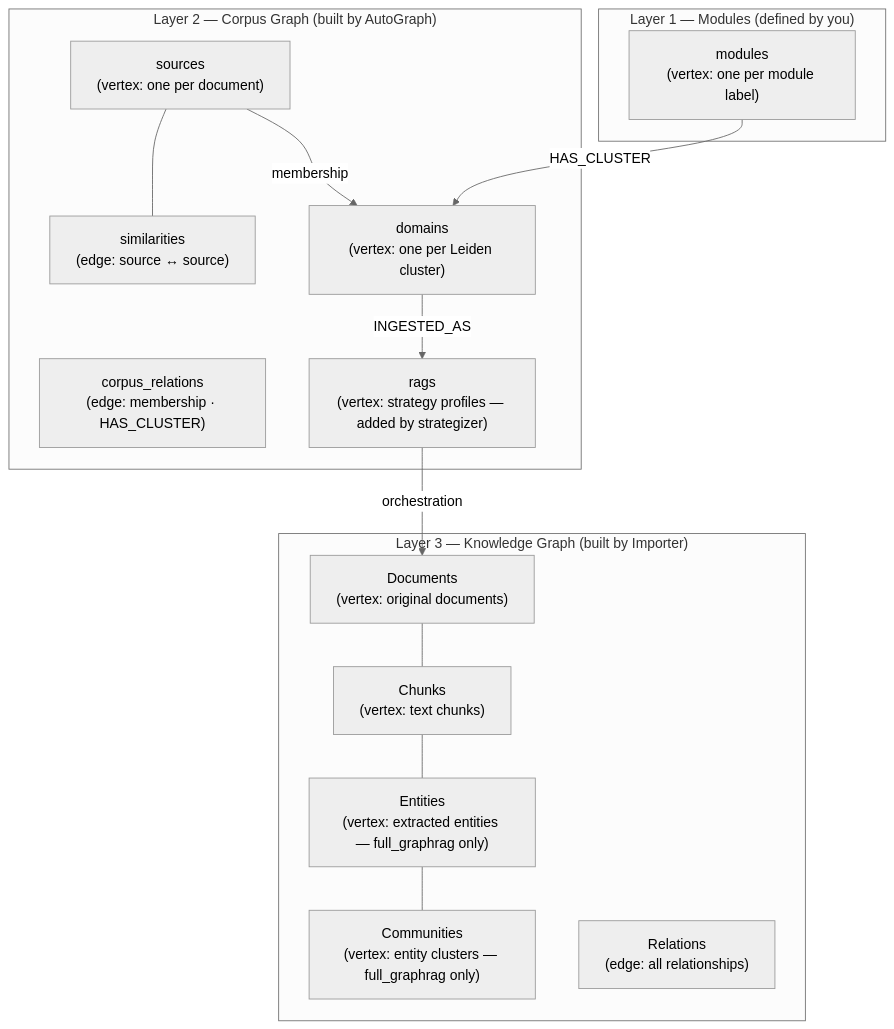
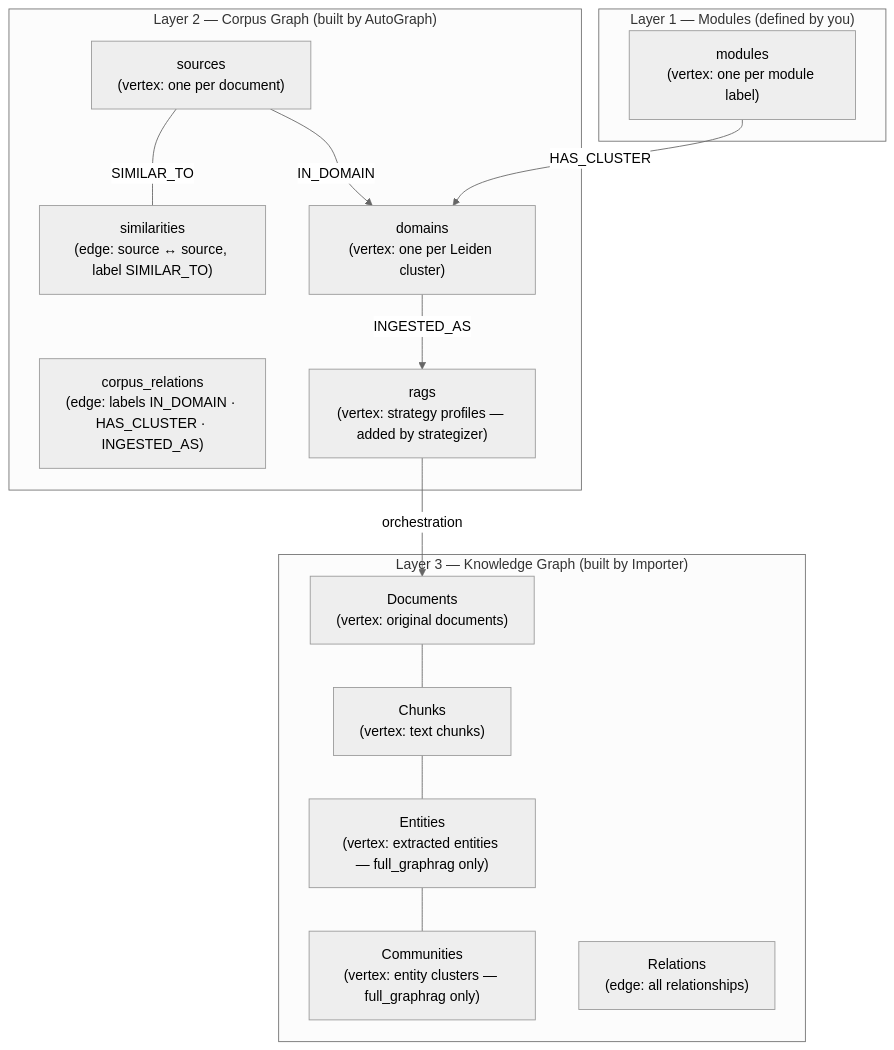
Before and after one commit to arangodb/docs-hugo: the first of 2 diagrams in site/content/agentic-ai-suite/autograph/architecture.md, drawn with Mermaid (neutral theme). The commit also changed other lines of this file and 4 other files, not shown here.

Commit message:
Updated corpus build, error handling, and file importing, edge labels, error codes, and citation handling

````diff
--- a/site/content/agentic-ai-suite/autograph/architecture.md
+++ b/site/content/agentic-ai-suite/autograph/architecture.md
@@ -18,31 +19,31 @@
 ```mermaid
 graph TD
   subgraph "Layer 1 — Modules  (defined by you)"
     modules["modules\n(vertex: one per module label)"]
   end
 
   subgraph "Layer 2 — Corpus Graph  (built by AutoGraph)"
     sources["sources\n(vertex: one per document)"]
-    similarities["similarities\n(edge: source ↔ source)"]
+    similarities["similarities\n(edge: source ↔ source, label SIMILAR_TO)"]
     domains["domains\n(vertex: one per Leiden cluster)"]
-    corpus_relations["corpus_relations\n(edge: membership · HAS_CLUSTER)"]
+    corpus_relations["corpus_relations\n(edge: labels IN_DOMAIN · HAS_CLUSTER · INGESTED_AS)"]
     rags["rags\n(vertex: strategy profiles — added by strategizer)"]
   end
 
   subgraph "Layer 3 — Knowledge Graph  (built by Importer)"
     Documents["Documents\n(vertex: original documents)"]
     Chunks["Chunks\n(vertex: text chunks)"]
     Entities["Entities\n(vertex: extracted entities — full_graphrag only)"]
     Communities["Communities\n(vertex: entity clusters — full_graphrag only)"]
     Relations["Relations\n(edge: all relationships)"]
   end
 
   modules -->|HAS_CLUSTER| domains
-  sources --- similarities
-  sources -->|membership| domains
+  sources ---|SIMILAR_TO| similarities
+  sources -->|IN_DOMAIN| domains
   domains -->|INGESTED_AS| rags
   rags -->|orchestration| Documents
   Documents --- Chunks
   Chunks --- Entities
   Entities --- Communities
 ```
````
